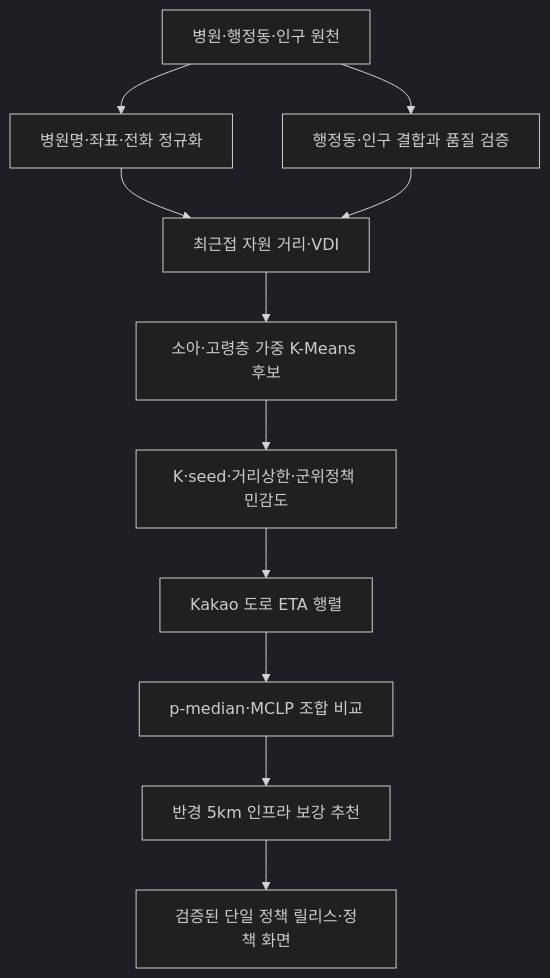
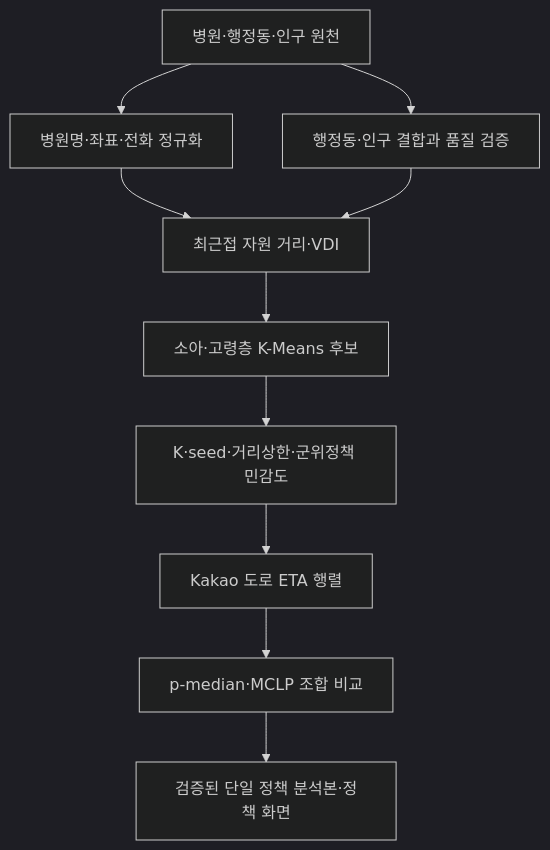
The first of 2 diagrams in README.md (ssg-sak/golden-project), drawn with Mermaid (dark theme) before and after one commit. The commit also changed other lines of this file and 99 other files, not shown here.

```diff
--- a/README.md
+++ b/README.md
@@ -135,13 +134,12 @@
 ~~~mermaid
 flowchart TD
   A[병원·행정동·인구 원천] --> B[병원명·좌표·전화 정규화]
   A --> C[행정동·인구 결합과 품질 검증]
   B --> D[최근접 자원 거리·VDI]
   C --> D
-  D --> E[소아·고령층 가중 K-Means 후보]
+  D --> E[소아·고령층 K-Means 후보]
   E --> F[K·seed·거리상한·군위정책 민감도]
   F --> G[Kakao 도로 ETA 행렬]
   G --> H[p-median·MCLP 조합 비교]
-  H --> I[반경 5km 인프라 보강 추천]
-  I --> J[검증된 단일 정책 릴리스·정책 화면]
+  H --> I[검증된 단일 정책 분석본·정책 화면]
 ~~~
```
